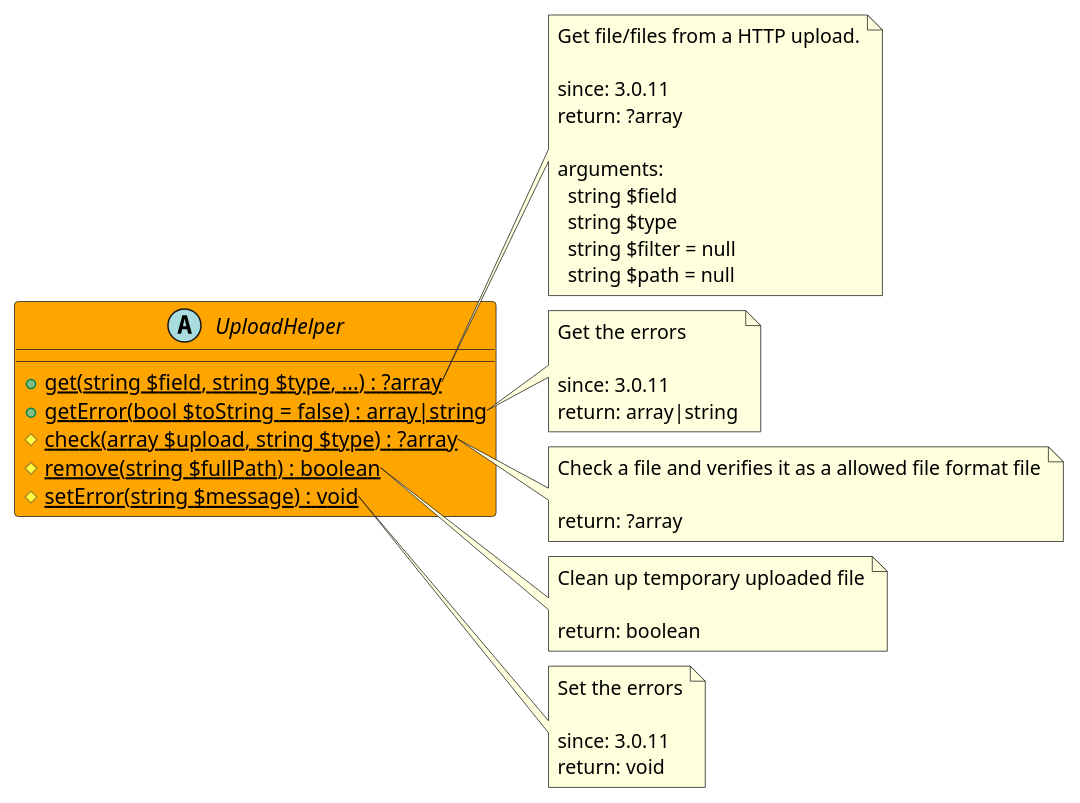
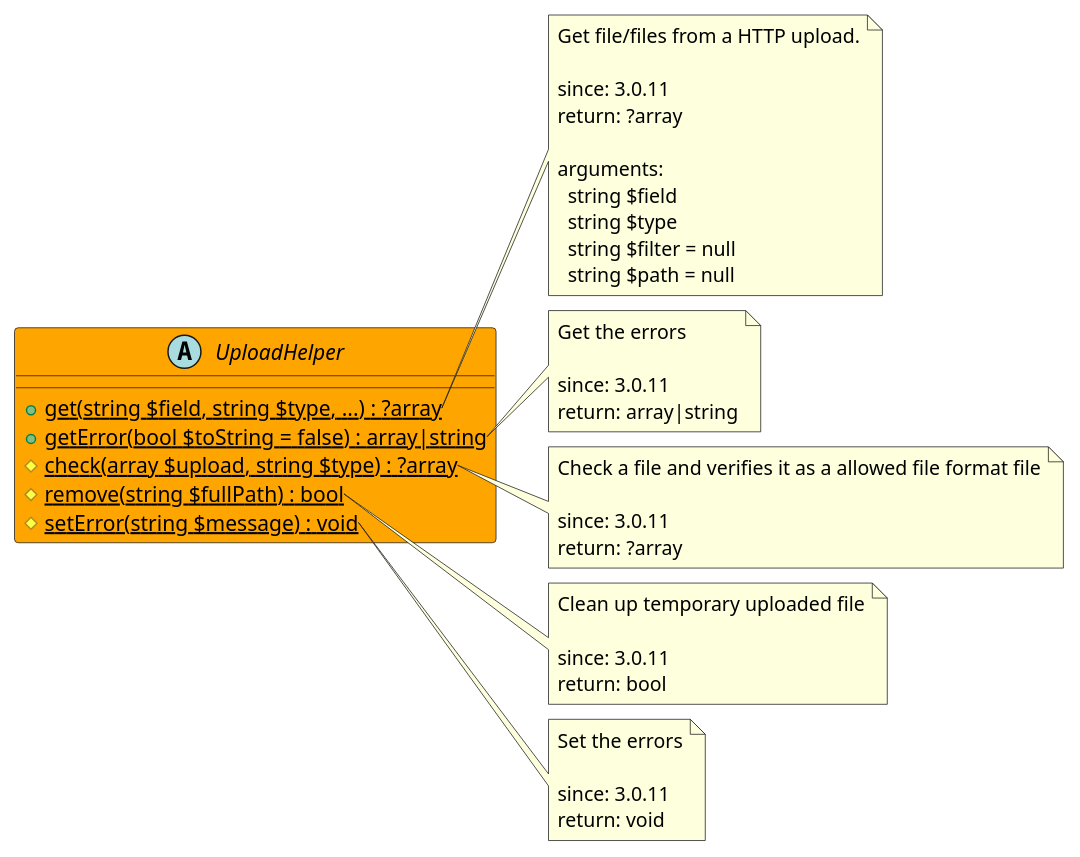
One commit to joomengine/super-powers changed the diagram in src/d7600b43-771a-4747-9f5d-952765721799/README.md. Above: the diagram before and after it, drawn with PlantUML. The commit also changed 33 other files, not shown here.

````diff
--- a/src/d7600b43-771a-4747-9f5d-952765721799/README.md
+++ b/src/d7600b43-771a-4747-9f5d-952765721799/README.md
@@ -12,51 +12,53 @@
 ```uml
 @startuml
 abstract UploadHelper  #Orange {
   + {static} get(string $field, string $type, ...) : ?array
   + {static} getError(bool $toString = false) : array|string
   # {static} check(array $upload, string $type) : ?array
-  # {static} remove(string $fullPath) : boolean
+  # {static} remove(string $fullPath) : bool
   # {static} setError(string $message) : void
 }
 
 note right of UploadHelper::get
   Get file/files from a HTTP upload.
 
   since: 3.0.11
   return: ?array
   
   arguments:
     string $field
     string $type
     string $filter = null
     string $path = null
 end note
 
 note right of UploadHelper::getError
   Get the errors
 
   since: 3.0.11
   return: array|string
 end note
 
 note right of UploadHelper::check
   Check a file and verifies it as a allowed file format file
 
+  since: 3.0.11
   return: ?array
 end note
 
 note right of UploadHelper::remove
   Clean up temporary uploaded file
 
-  return: boolean
+  since: 3.0.11
+  return: bool
 end note
 
 note right of UploadHelper::setError
   Set the errors
 
   since: 3.0.11
   return: void
 end note
  
 @enduml
 ```
````
